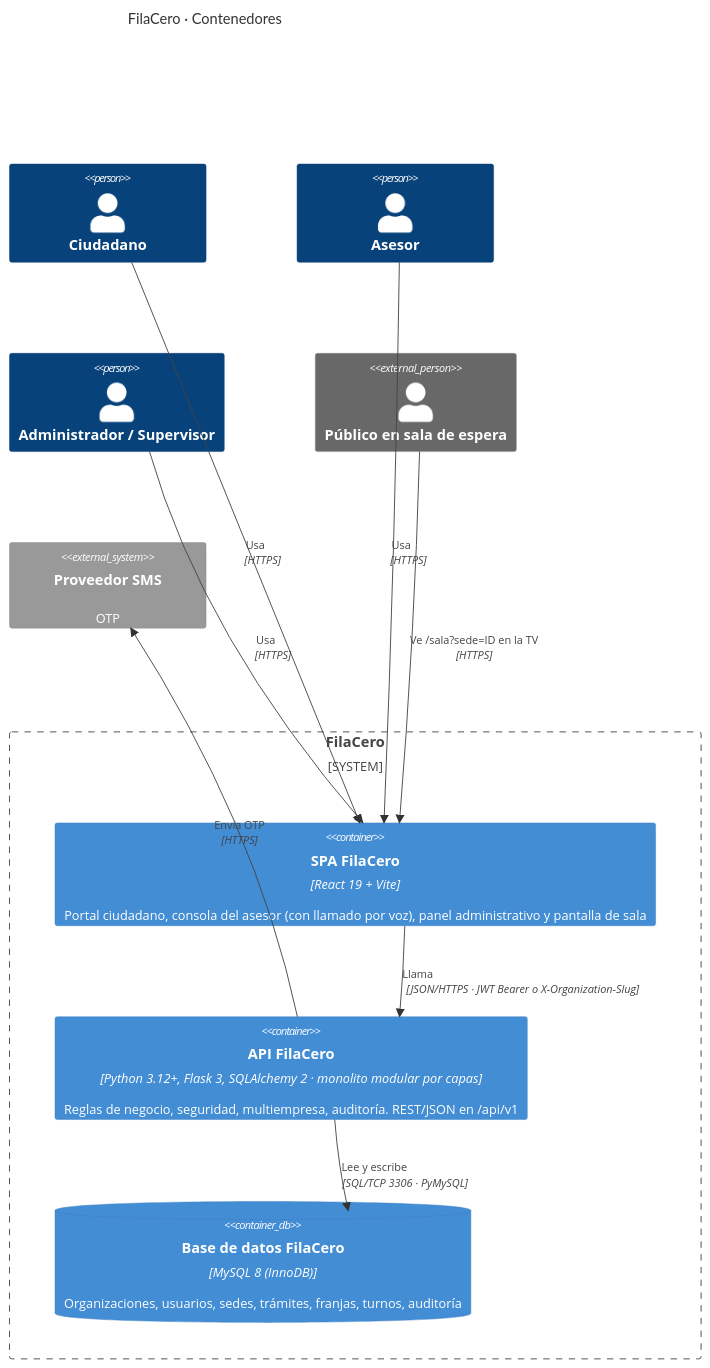
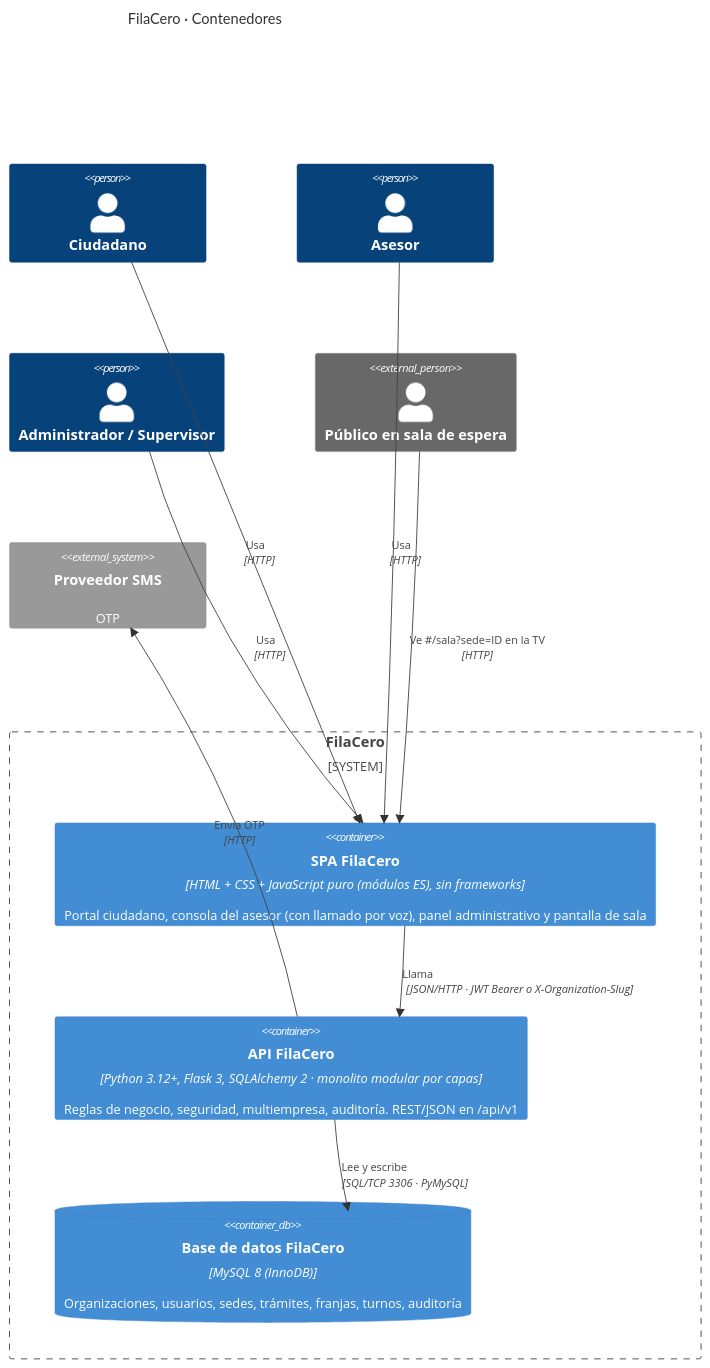
Before and after one commit to ElkinUCC/FilaCero: the second of 4 diagrams in docs/arquitectura/03-vistas-c4.md, drawn with Mermaid. The commit also changed other lines of this file and 137 other files, not shown here.

````diff
--- a/docs/arquitectura/03-vistas-c4.md
+++ b/docs/arquitectura/03-vistas-c4.md
@@ -46,26 +46,26 @@
 ```mermaid
 C4Container
     title FilaCero · Contenedores
 
     Person(ciudadano, "Ciudadano")
     Person(asesor, "Asesor")
     Person(admin, "Administrador / Supervisor")
     Person_Ext(tv, "Público en sala de espera")
 
     System_Boundary(fc, "FilaCero") {
-        Container(spa, "SPA FilaCero", "React 19 + Vite", "Portal ciudadano, consola del asesor (con llamado por voz), panel administrativo y pantalla de sala")
+        Container(spa, "SPA FilaCero", "HTML + CSS + JavaScript puro (módulos ES), sin frameworks", "Portal ciudadano, consola del asesor (con llamado por voz), panel administrativo y pantalla de sala")
         Container(api, "API FilaCero", "Python 3.12+, Flask 3, SQLAlchemy 2 · monolito modular por capas", "Reglas de negocio, seguridad, multiempresa, auditoría. REST/JSON en /api/v1")
         ContainerDb(bd, "Base de datos FilaCero", "MySQL 8 (InnoDB)", "Organizaciones, usuarios, sedes, trámites, franjas, turnos, auditoría")
     }
 
     System_Ext(sms, "Proveedor SMS", "OTP")
 
-    Rel(ciudadano, spa, "Usa", "HTTPS")
-    Rel(asesor, spa, "Usa", "HTTPS")
-    Rel(admin, spa, "Usa", "HTTPS")
-    Rel(tv, spa, "Ve /sala?sede=ID en la TV", "HTTPS")
-    Rel(spa, api, "Llama", "JSON/HTTPS · JWT Bearer o X-Organization-Slug")
+    Rel(ciudadano, spa, "Usa", "HTTP")
+    Rel(asesor, spa, "Usa", "HTTP")
+    Rel(admin, spa, "Usa", "HTTP")
+    Rel(tv, spa, "Ve #/sala?sede=ID en la TV", "HTTP")
+    Rel(spa, api, "Llama", "JSON/HTTP · JWT Bearer o X-Organization-Slug")
     Rel(api, bd, "Lee y escribe", "SQL/TCP 3306 · PyMySQL")
-    Rel(api, sms, "Envía OTP", "HTTPS")
+    Rel(api, sms, "Envía OTP", "HTTP")
     UpdateLayoutConfig($c4ShapeInRow="4", $c4BoundaryInRow="1")
 ```
````
